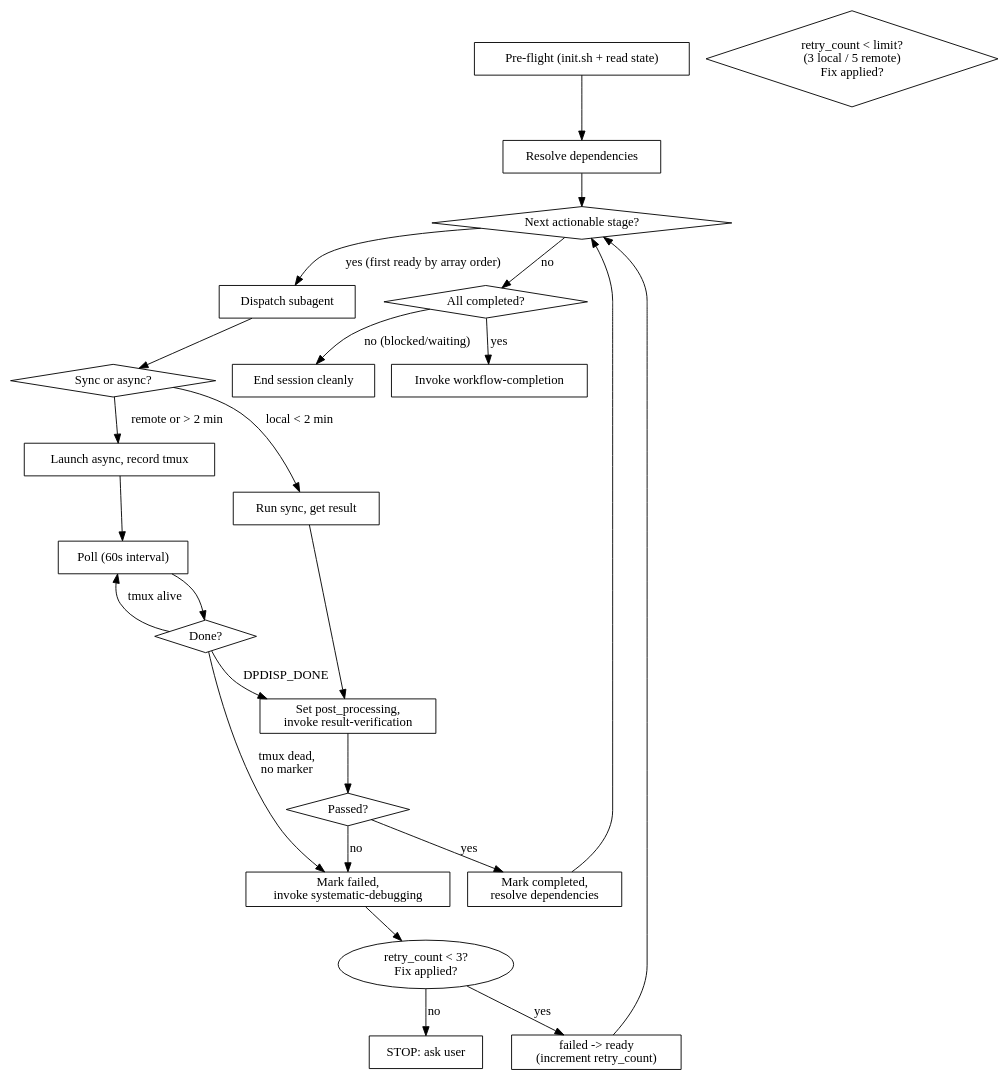
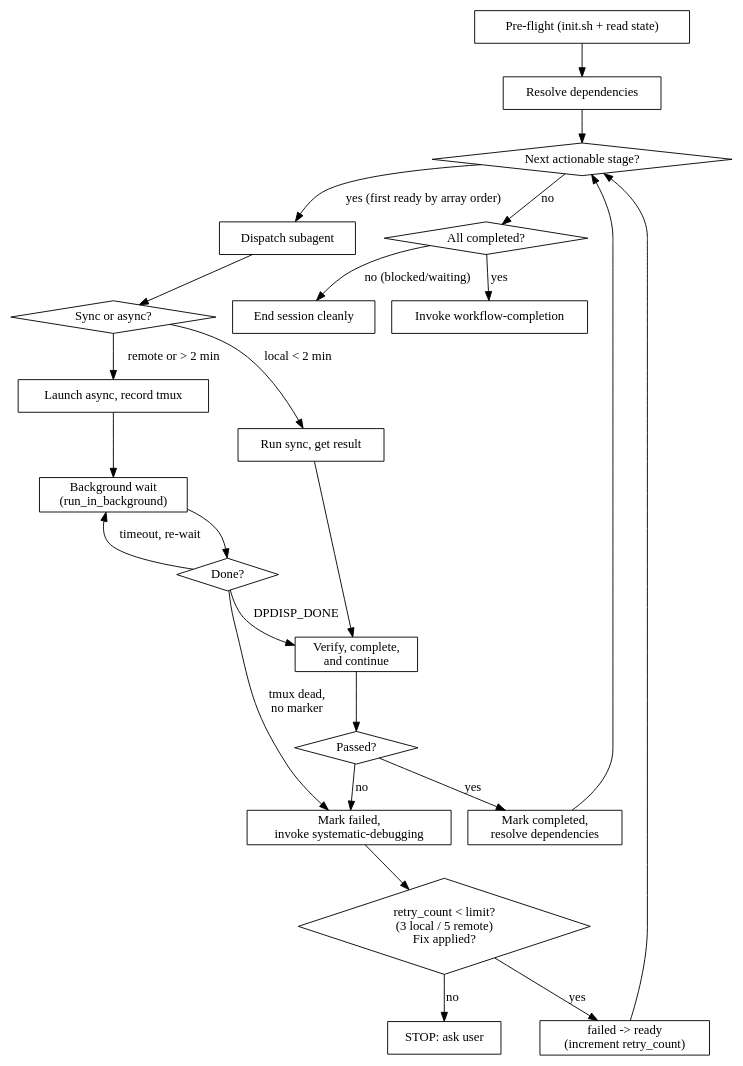
One commit to Chenghao-Wu/superscientist changed the diagram in superscientist/skills/executing-workflows/SKILL.md. Above: the diagram before and after it, drawn with Graphviz. The commit also changed other lines of this file, not shown here.

Commit message:
feat(superscientist): update Quick Reference and execution loop diagram
Replace polling with background wait (run_in_background) in both the
Quick Reference table and the digraph. Rename verification node to
"Verify, complete, and continue" to reflect the new continuation flow.

````diff
--- a/superscientist/skills/executing-workflows/SKILL.md
+++ b/superscientist/skills/executing-workflows/SKILL.md
@@ -54,48 +54,48 @@
 ```dot
 digraph execution {
     rankdir=TB;
     "Pre-flight (init.sh + read state)" [shape=box];
     "Resolve dependencies" [shape=box];
     "Next actionable stage?" [shape=diamond];
     "Dispatch subagent" [shape=box];
     "Sync or async?" [shape=diamond];
     "Run sync, get result" [shape=box];
     "Launch async, record tmux" [shape=box];
-    "Poll (60s interval)" [shape=box];
+    "Background wait\n(run_in_background)" [shape=box];
     "Done?" [shape=diamond];
-    "Set post_processing,\ninvoke result-verification" [shape=box];
+    "Verify, complete,\nand continue" [shape=box];
     "Passed?" [shape=diamond];
     "Mark completed,\nresolve dependencies" [shape=box];
     "Mark failed,\ninvoke systematic-debugging" [shape=box];
     "retry_count < limit?\n(3 local / 5 remote)\nFix applied?" [shape=diamond];
     "failed -> ready\n(increment retry_count)" [shape=box];
     "STOP: ask user" [shape=box];
     "All completed?" [shape=diamond];
     "Invoke workflow-completion" [shape=box];
     "End session cleanly" [shape=box];
 
     "Pre-flight (init.sh + read state)" -> "Resolve dependencies";
     "Resolve dependencies" -> "Next actionable stage?";
     "Next actionable stage?" -> "Dispatch subagent" [label="yes (first ready by array order)"];
     "Next actionable stage?" -> "All completed?" [label="no"];
     "Dispatch subagent" -> "Sync or async?";
     "Sync or async?" -> "Run sync, get result" [label="local < 2 min"];
     "Sync or async?" -> "Launch async, record tmux" [label="remote or > 2 min"];
-    "Run sync, get result" -> "Set post_processing,\ninvoke result-verification";
-    "Launch async, record tmux" -> "Poll (60s interval)";
-    "Poll (60s interval)" -> "Done?";
-    "Done?" -> "Set post_processing,\ninvoke result-verification" [label="DPDISP_DONE"];
-    "Done?" -> "Poll (60s interval)" [label="tmux alive"];
+    "Run sync, get result" -> "Verify, complete,\nand continue";
+    "Launch async, record tmux" -> "Background wait\n(run_in_background)";
+    "Background wait\n(run_in_background)" -> "Done?";
+    "Done?" -> "Verify, complete,\nand continue" [label="DPDISP_DONE"];
+    "Done?" -> "Background wait\n(run_in_background)" [label="timeout, re-wait"];
     "Done?" -> "Mark failed,\ninvoke systematic-debugging" [label="tmux dead,\nno marker"];
-    "Set post_processing,\ninvoke result-verification" -> "Passed?";
+    "Verify, complete,\nand continue" -> "Passed?";
     "Passed?" -> "Mark completed,\nresolve dependencies" [label="yes"];
     "Passed?" -> "Mark failed,\ninvoke systematic-debugging" [label="no"];
     "Mark completed,\nresolve dependencies" -> "Next actionable stage?";
-    "Mark failed,\ninvoke systematic-debugging" -> "retry_count < 3?\nFix applied?";
-    "retry_count < 3?\nFix applied?" -> "failed -> ready\n(increment retry_count)" [label="yes"];
-    "retry_count < 3?\nFix applied?" -> "STOP: ask user" [label="no"];
+    "Mark failed,\ninvoke systematic-debugging" -> "retry_count < limit?\n(3 local / 5 remote)\nFix applied?";
+    "retry_count < limit?\n(3 local / 5 remote)\nFix applied?" -> "failed -> ready\n(increment retry_count)" [label="yes"];
+    "retry_count < limit?\n(3 local / 5 remote)\nFix applied?" -> "STOP: ask user" [label="no"];
     "failed -> ready\n(increment retry_count)" -> "Next actionable stage?";
     "All completed?" -> "Invoke workflow-completion" [label="yes"];
     "All completed?" -> "End session cleanly" [label="no (blocked/waiting)"];
 }
 ```
````
